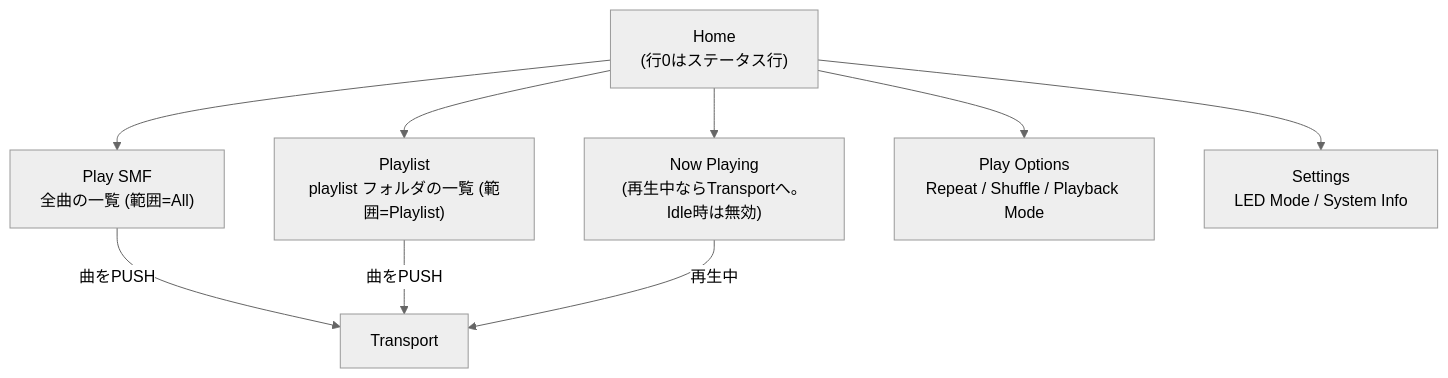
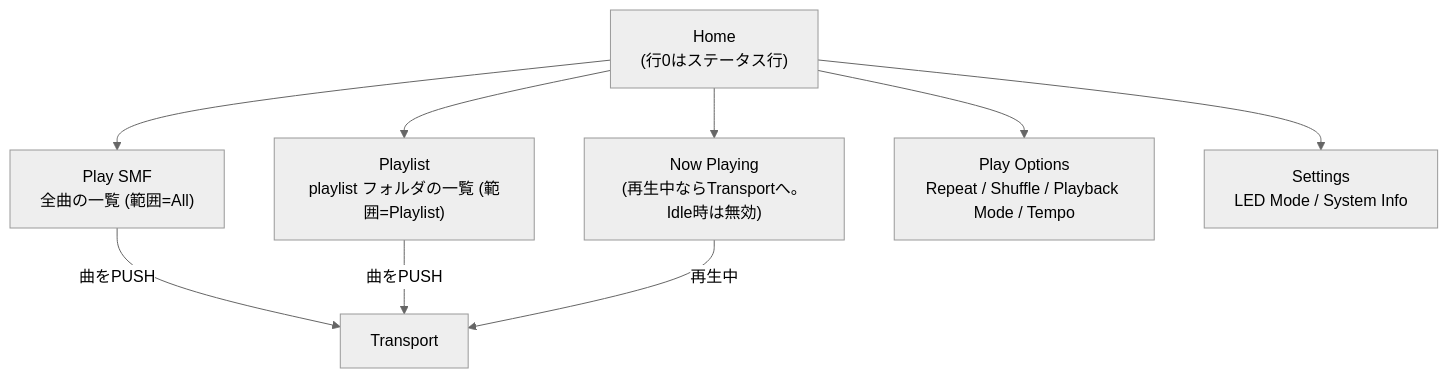
Before and after one commit to 46nori/FMSynthEnsembleV3: the fourth of 4 diagrams in doc/design_smf_playback.md, drawn with Mermaid (neutral theme). The commit also changed other lines of this file and 5 other files, not shown here.

````diff
--- a/doc/design_smf_playback.md
+++ b/doc/design_smf_playback.md
@@ -273,12 +291,12 @@
 ```mermaid
 flowchart TD
     Home["Home<br/>(行0はステータス行)"]
     Home --> NowPlaying["Now Playing<br/>(再生中ならTransportへ。Idle時は無効)"]
     Home --> PlaySmf["Play SMF<br/>全曲の一覧 (範囲=All)"]
     Home --> Playlist["Playlist<br/>playlist フォルダの一覧 (範囲=Playlist)"]
-    Home --> PlayOptions["Play Options<br/>Repeat / Shuffle / Playback Mode"]
+    Home --> PlayOptions["Play Options<br/>Repeat / Shuffle / Playback Mode / Tempo"]
     Home --> Settings["Settings<br/>LED Mode / System Info"]
     PlaySmf -- "曲をPUSH" --> Transport["Transport"]
     Playlist -- "曲をPUSH" --> Transport
     NowPlaying -- "再生中" --> Transport
 ```
````
